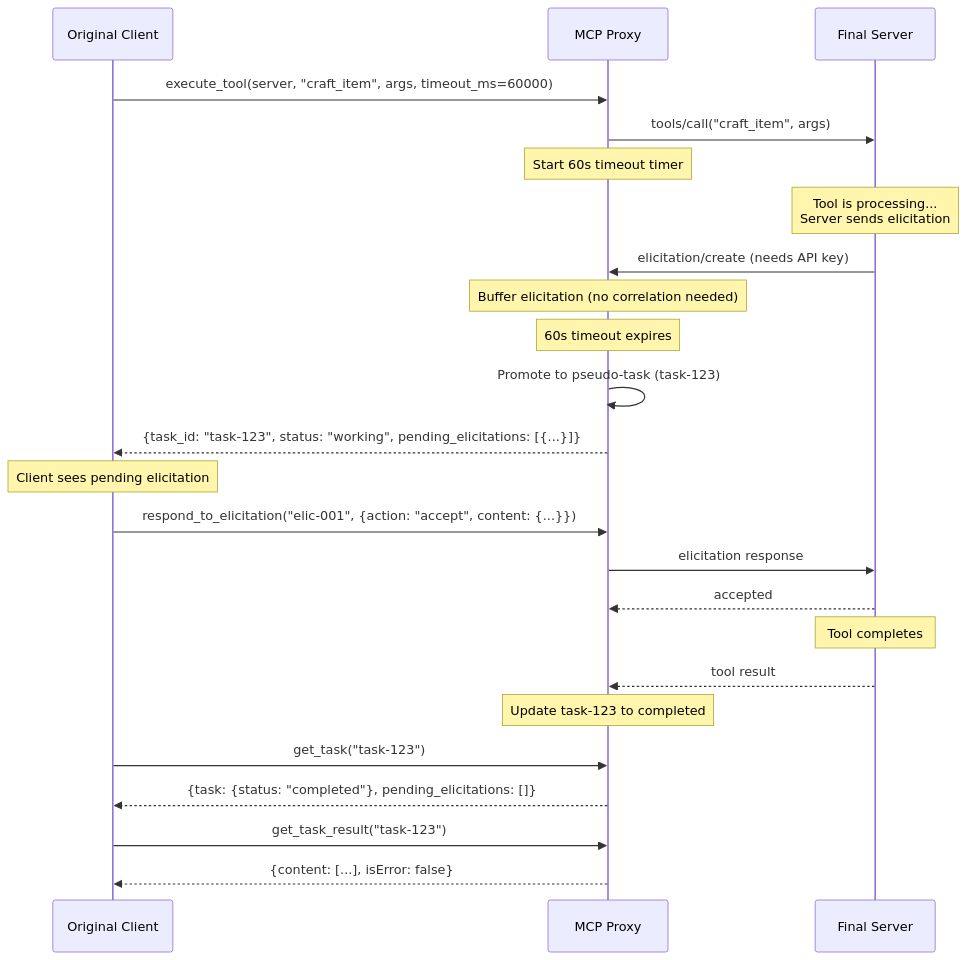
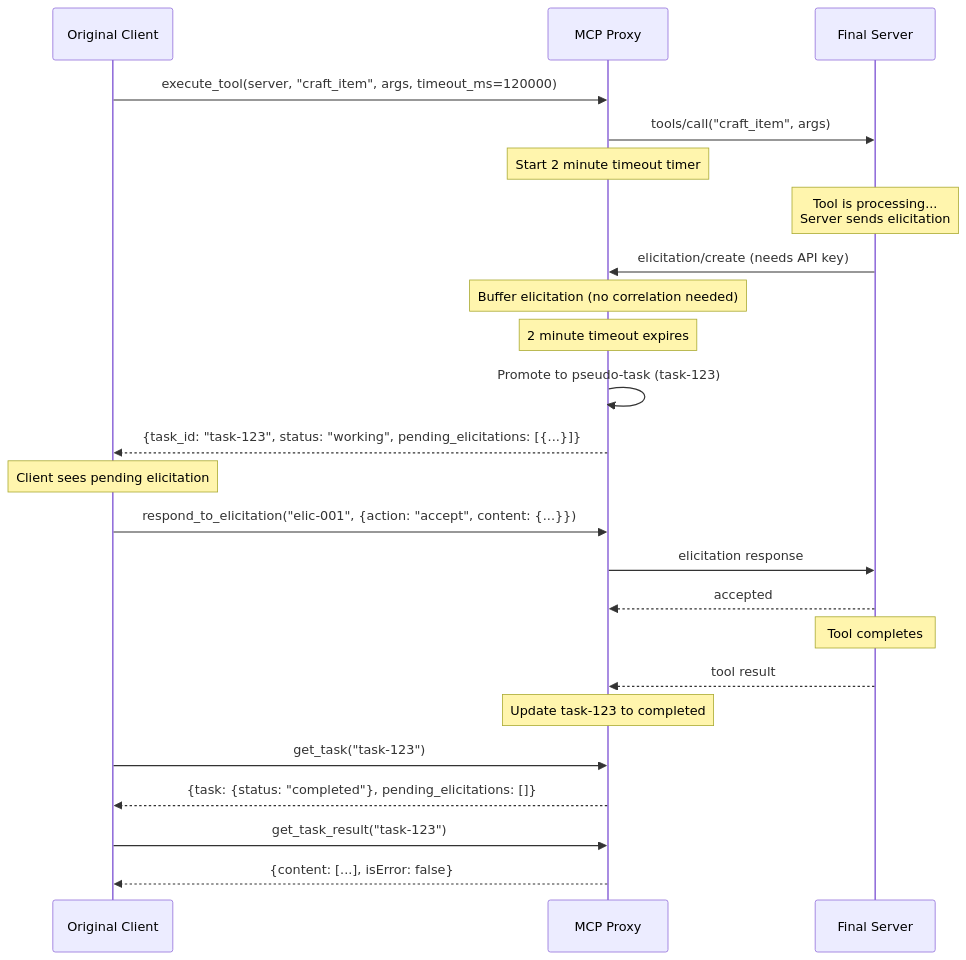
The seventh of 9 diagrams in TASKS_AND_ELICITATIONS.md (eastlondoner/mcp-proxy), drawn with Mermaid before and after one commit. The commit also changed other lines of this file and 2 other files, not shown here.

````diff
--- a/TASKS_AND_ELICITATIONS.md
+++ b/TASKS_AND_ELICITATIONS.md
@@ -621,38 +631,38 @@
 ```mermaid
 sequenceDiagram
     participant OC as Original Client
     participant Proxy as MCP Proxy
     participant FS as Final Server
 
-    OC->>Proxy: execute_tool(server, "craft_item", args, timeout_ms=60000)
+    OC->>Proxy: execute_tool(server, "craft_item", args, timeout_ms=120000)
     Proxy->>FS: tools/call("craft_item", args)
 
-    Note over Proxy: Start 60s timeout timer
+    Note over Proxy: Start 2 minute timeout timer
 
     Note over FS: Tool is processing...<br/>Server sends elicitation
 
     FS->>Proxy: elicitation/create (needs API key)
     Note over Proxy: Buffer elicitation (no correlation needed)
 
-    Note over Proxy: 60s timeout expires
+    Note over Proxy: 2 minute timeout expires
 
     Proxy->>Proxy: Promote to pseudo-task (task-123)
     Proxy-->>OC: {task_id: "task-123", status: "working", pending_elicitations: [{...}]}
 
     Note over OC: Client sees pending elicitation
 
     OC->>Proxy: respond_to_elicitation("elic-001", {action: "accept", content: {...}})
     Proxy->>FS: elicitation response
     FS-->>Proxy: accepted
 
     Note over FS: Tool completes
 
     FS-->>Proxy: tool result
     Note over Proxy: Update task-123 to completed
 
     OC->>Proxy: get_task("task-123")
     Proxy-->>OC: {task: {status: "completed"}, pending_elicitations: []}
 
     OC->>Proxy: get_task_result("task-123")
     Proxy-->>OC: {content: [...], isError: false}
 ```
````
